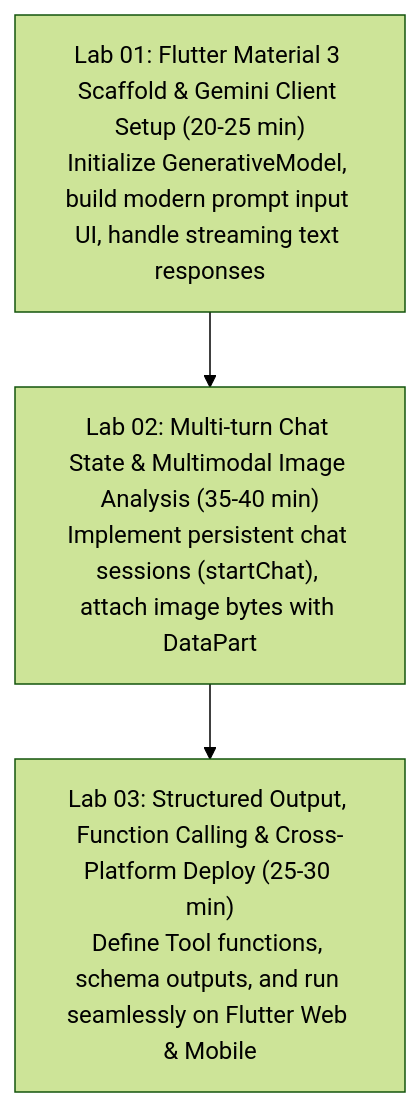
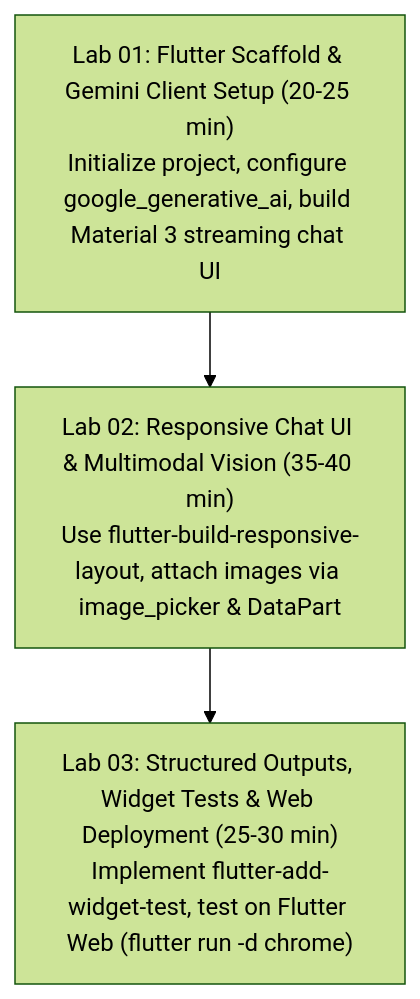
One commit to JAICHANGPARK/workshop-harness changed the diagram in skills/flutter-workshop-builder/SKILL.md. Above: the diagram before and after it, drawn with Mermaid (forest theme). The commit also changed other lines of this file and 6 other files, not shown here.

````diff
--- a/skills/flutter-workshop-builder/SKILL.md
+++ b/skills/flutter-workshop-builder/SKILL.md
@@ -31,8 +71,8 @@
 ```mermaid
 flowchart TD
-    Lab1["Lab 01: Flutter Material 3 Scaffold & Gemini Client Setup (20-25 min)<br>Initialize GenerativeModel, build modern prompt input UI, handle streaming text responses"]
-    Lab2["Lab 02: Multi-turn Chat State & Multimodal Image Analysis (35-40 min)<br>Implement persistent chat sessions (startChat), attach image bytes with DataPart"]
-    Lab3["Lab 03: Structured Output, Function Calling & Cross-Platform Deploy (25-30 min)<br>Define Tool functions, schema outputs, and run seamlessly on Flutter Web & Mobile"]
+    Lab1["Lab 01: Flutter Scaffold & Gemini Client Setup (20-25 min)<br>Initialize project, configure google_generative_ai, build Material 3 streaming chat UI"]
+    Lab2["Lab 02: Responsive Chat UI & Multimodal Vision (35-40 min)<br>Use flutter-build-responsive-layout, attach images via image_picker & DataPart"]
+    Lab3["Lab 03: Structured Outputs, Widget Tests & Web Deployment (25-30 min)<br>Implement flutter-add-widget-test, test on Flutter Web (flutter run -d chrome)"]
 
     Lab1 --> Lab2 --> Lab3
 ```
````
